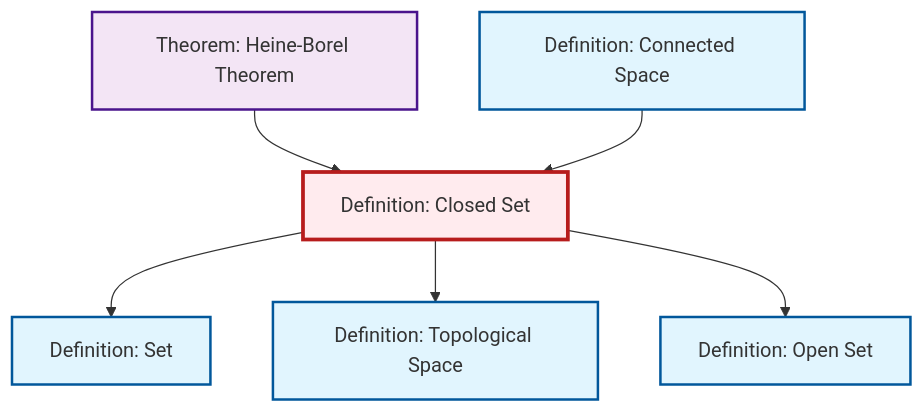
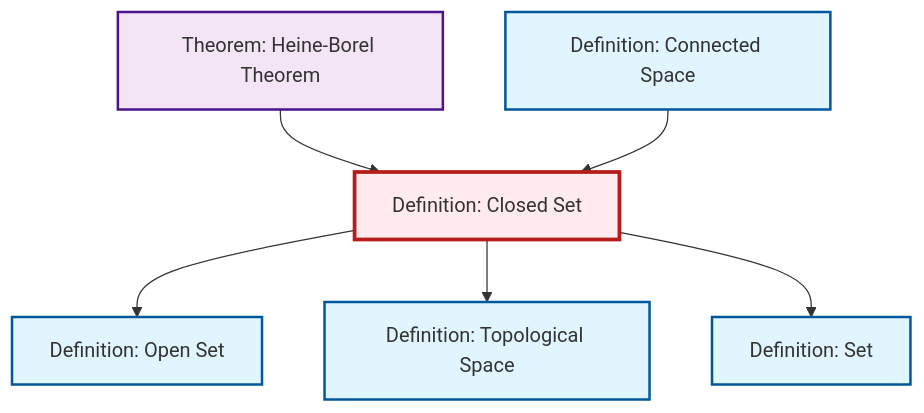
One commit to RK0429/ModernMath changed the diagram in content/ja/topology/def-closed-set.qmd. Above: the diagram before and after it, drawn with Mermaid. The commit also changed other lines of this file and 581 other files, not shown here.

````diff
--- a/content/ja/topology/def-closed-set.qmd
+++ b/content/ja/topology/def-closed-set.qmd
@@ -45,26 +45,26 @@
 ```{mermaid}
 %%| fig-cap: "Local dependency graph"
 graph TD
     classDef definition fill:#e1f5fe,stroke:#01579b,stroke-width:2px
     classDef theorem fill:#f3e5f5,stroke:#4a148c,stroke-width:2px
     classDef axiom fill:#fff3e0,stroke:#e65100,stroke-width:2px
     classDef example fill:#e8f5e9,stroke:#1b5e20,stroke-width:2px
     classDef current fill:#ffebee,stroke:#b71c1c,stroke-width:3px
+    def-connected["Definition: Connected Space"]:::definition
+    def-closed-set["Definition: Closed Set"]:::definition
     thm-heine-borel["Theorem: Heine-Borel Theorem"]:::theorem
-    def-connected["Definition: Connected Space"]:::definition
     def-open-set["Definition: Open Set"]:::definition
-    def-closed-set["Definition: Closed Set"]:::definition
     def-topological-space["Definition: Topological Space"]:::definition
     def-set["Definition: Set"]:::definition
+    def-closed-set --> def-open-set
     thm-heine-borel --> def-closed-set
-    def-closed-set --> def-set
     def-connected --> def-closed-set
     def-closed-set --> def-topological-space
-    def-closed-set --> def-open-set
+    def-closed-set --> def-set
     class def-closed-set current
+    click def-connected "def-connected.html" "Definition: Connected Spaceへ"
     click thm-heine-borel "thm-heine-borel.html" "Theorem: Heine-Borel Theoremへ"
-    click def-connected "def-connected.html" "Definition: Connected Spaceへ"
     click def-open-set "def-open-set.html" "Definition: Open Setへ"
     click def-topological-space "def-topological-space.html" "Definition: Topological Spaceへ"
     click def-set "def-set.html" "Definition: Setへ"
 ```
````
